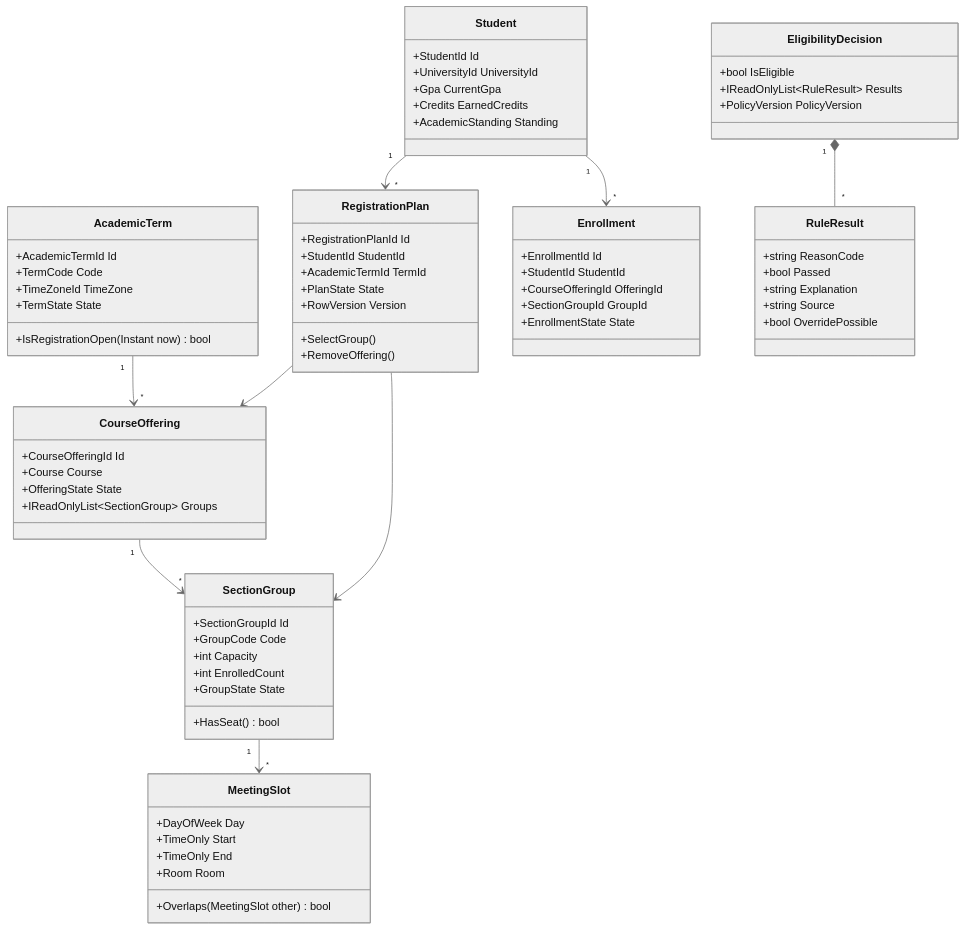
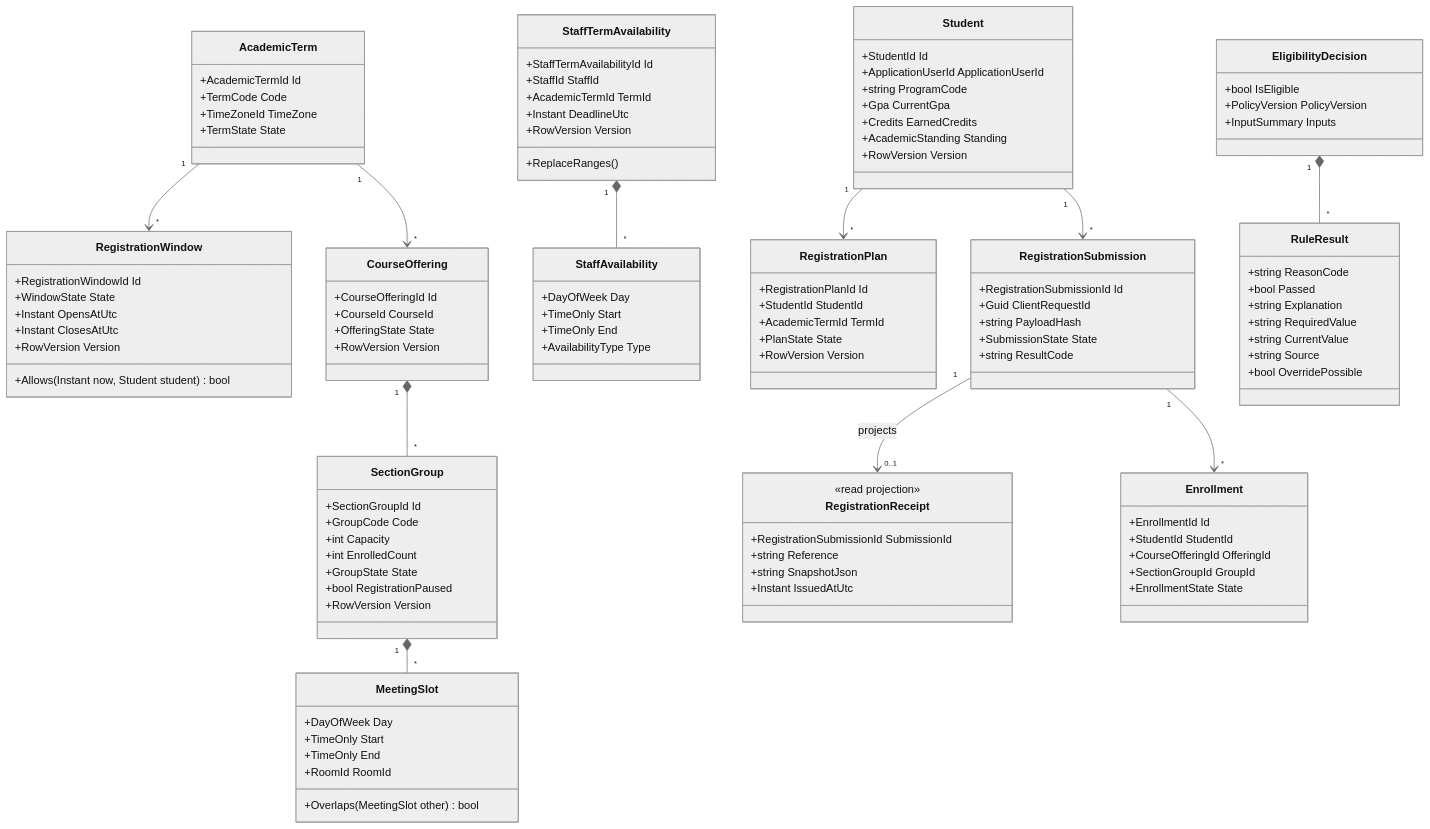
The fourth of 4 diagrams in docs/diagrams/CLASS_DIAGRAM.md (ahmedelbamby-aast/Student-Registeration-System), drawn with Mermaid (neutral theme) before and after one commit. The commit also changed other lines of this file and 154 other files, not shown here.

````diff
--- a/docs/diagrams/CLASS_DIAGRAM.md
+++ b/docs/diagrams/CLASS_DIAGRAM.md
@@ -39,23 +112,32 @@
 classDiagram
   class Student {
     +StudentId Id
-    +UniversityId UniversityId
+    +ApplicationUserId ApplicationUserId
+    +string ProgramCode
     +Gpa CurrentGpa
     +Credits EarnedCredits
     +AcademicStanding Standing
+    +RowVersion Version
   }
   class AcademicTerm {
     +AcademicTermId Id
     +TermCode Code
     +TimeZoneId TimeZone
     +TermState State
-    +IsRegistrationOpen(Instant now) bool
+  }
+  class RegistrationWindow {
+    +RegistrationWindowId Id
+    +WindowState State
+    +Instant OpensAtUtc
+    +Instant ClosesAtUtc
+    +RowVersion Version
+    +Allows(Instant now, Student student) bool
   }
   class CourseOffering {
     +CourseOfferingId Id
-    +Course Course
+    +CourseId CourseId
     +OfferingState State
-    +IReadOnlyList~SectionGroup~ Groups
+    +RowVersion Version
   }
   class SectionGroup {
     +SectionGroupId Id
@@ -63,14 +145,29 @@
     +int Capacity
     +int EnrolledCount
     +GroupState State
-    +HasSeat() bool
+    +bool RegistrationPaused
+    +RowVersion Version
   }
   class MeetingSlot {
     +DayOfWeek Day
     +TimeOnly Start
     +TimeOnly End
-    +Room Room
+    +RoomId RoomId
     +Overlaps(MeetingSlot other) bool
+  }
+  class StaffTermAvailability {
+    +StaffTermAvailabilityId Id
+    +StaffId StaffId
+    +AcademicTermId TermId
+    +Instant DeadlineUtc
+    +RowVersion Version
+    +ReplaceRanges()
+  }
+  class StaffAvailability {
+    +DayOfWeek Day
+    +TimeOnly Start
+    +TimeOnly End
+    +AvailabilityType Type
   }
   class RegistrationPlan {
     +RegistrationPlanId Id
@@ -78,8 +175,20 @@
     +AcademicTermId TermId
     +PlanState State
     +RowVersion Version
-    +SelectGroup()
-    +RemoveOffering()
+  }
+  class RegistrationSubmission {
+    +RegistrationSubmissionId Id
+    +Guid ClientRequestId
+    +string PayloadHash
+    +SubmissionState State
+    +string ResultCode
+  }
+  class RegistrationReceipt {
+    <<read projection>>
+    +RegistrationSubmissionId SubmissionId
+    +string Reference
+    +string SnapshotJson
+    +Instant IssuedAtUtc
   }
   class Enrollment {
     +EnrollmentId Id
@@ -90,23 +199,27 @@
   }
   class EligibilityDecision {
     +bool IsEligible
-    +IReadOnlyList~RuleResult~ Results
     +PolicyVersion PolicyVersion
+    +InputSummary Inputs
   }
   class RuleResult {
     +string ReasonCode
     +bool Passed
     +string Explanation
+    +string RequiredValue
+    +string CurrentValue
     +string Source
     +bool OverridePossible
   }
 
+  AcademicTerm "1" --> "*" RegistrationWindow
+  AcademicTerm "1" --> "*" CourseOffering
+  CourseOffering "1" *-- "*" SectionGroup
+  SectionGroup "1" *-- "*" MeetingSlot
+  StaffTermAvailability "1" *-- "*" StaffAvailability
   Student "1" --> "*" RegistrationPlan
-  Student "1" --> "*" Enrollment
-  AcademicTerm "1" --> "*" CourseOffering
-  CourseOffering "1" --> "*" SectionGroup
-  SectionGroup "1" --> "*" MeetingSlot
-  RegistrationPlan --> CourseOffering
-  RegistrationPlan --> SectionGroup
+  Student "1" --> "*" RegistrationSubmission
+  RegistrationSubmission "1" --> "0..1" RegistrationReceipt : projects
+  RegistrationSubmission "1" --> "*" Enrollment
   EligibilityDecision "1" *-- "*" RuleResult
 ```
````
